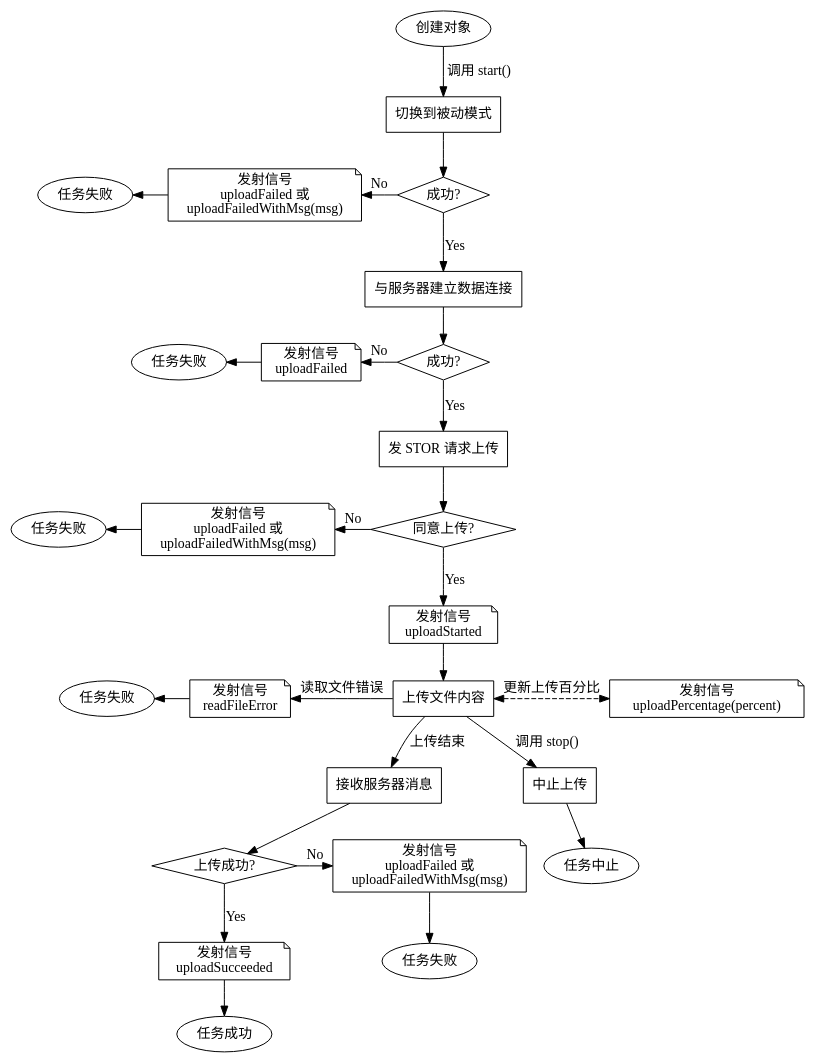
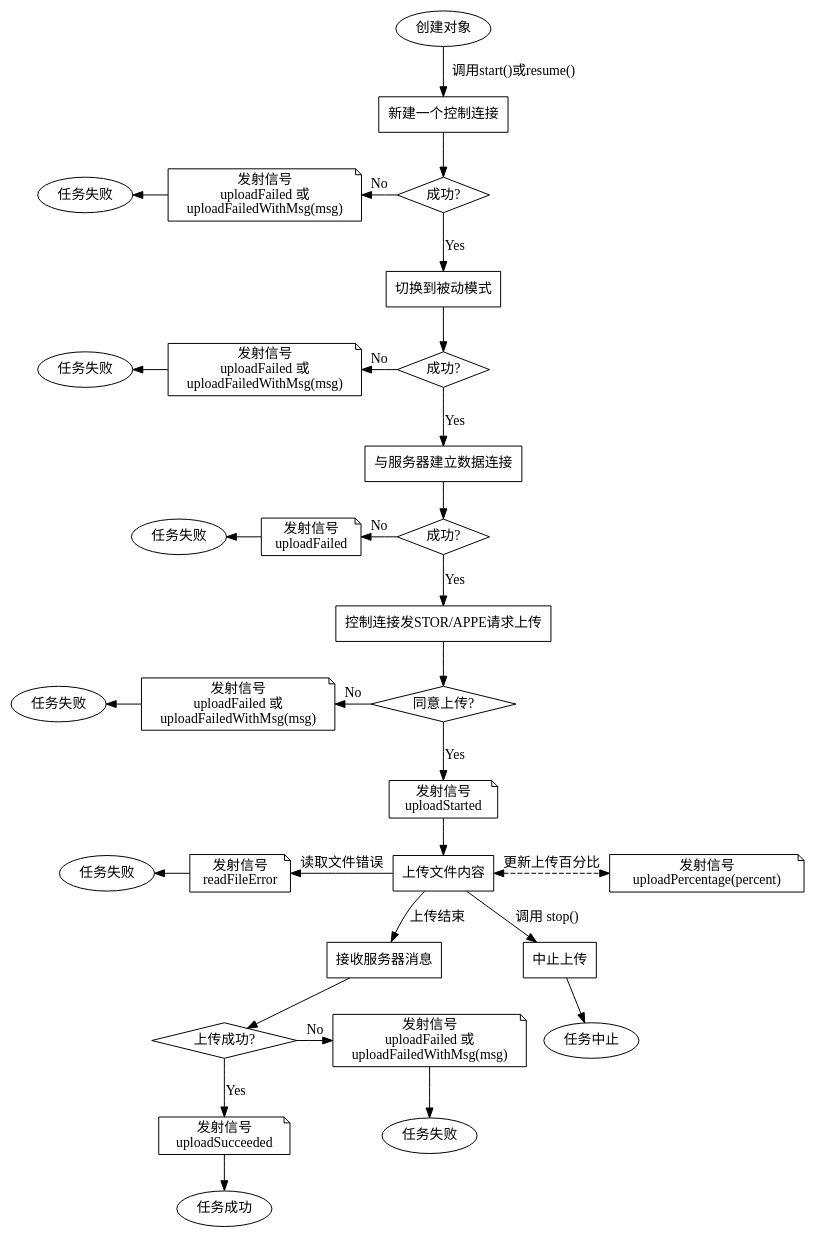
Before and after one commit to zhb2000/Homework-FTPClient: the diagram in docs/UploadFileTask_Flow_Chart.dot, drawn with Graphviz. The commit also changed 9 other files, not shown here.

```diff
--- a/docs/UploadFileTask_Flow_Chart.dot
+++ b/docs/UploadFileTask_Flow_Chart.dot
@@ -1,76 +1,87 @@
 digraph G {
     node [shape=box fontname="SimHei"];
     edge [fontname="SimHei"]
     createobj [label="创建对象" shape=ellipse]
+    newctrl [label="新建一个控制连接"]
+    success0 [label="成功?" shape=diamond]
+    newctrlfailsig [label="发射信号\nuploadFailed 或\nuploadFailedWithMsg(msg)" shape=note]
+    fail0 [label="任务失败" shape=ellipse]
     putpasv [label="切换到被动模式"]
     success1 [label="成功?" shape=diamond]
     putpasvfail [label="发射信号\nuploadFailed 或\nuploadFailedWithMsg(msg)" shape=note]
     fail1 [label="任务失败" shape=ellipse]
     dataconnect [label="与服务器建立数据连接"]
     success2 [label="成功?" shape=diamond]
     connectfail [label="发射信号\nuploadFailed" shape=note]
     fail2 [label="任务失败" shape=ellipse]
-    sendstor [label="发 STOR 请求上传"]
+    sendstor [label="控制连接发STOR/APPE请求上传"]
     success3 [label="同意上传?" shape=diamond]
     storfail [label="发射信号\nuploadFailed 或\nuploadFailedWithMsg(msg)" shape=note]
     fail3 [label="任务失败" shape=ellipse]
     startsignal [label="发射信号\nuploadStarted" shape=note]
     transdata [label="上传文件内容"]
     recvafterup [label="接收服务器消息"]
     success4 [label="上传成功?" shape=diamond]
     recvafterupfail [label="发射信号\nuploadFailed 或\nuploadFailedWithMsg(msg)" shape=note]
     upsuccess [label="发射信号\nuploadSucceeded" shape=note]
     end [label="任务成功" shape=ellipse]
     stopup [label="中止上传"]
     terminate [label="任务中止" shape=ellipse]
     updateper [label="发射信号\nuploadPercentage(percent)" shape=note]
     fileerror [label="发射信号\nreadFileError" shape=note]
     fail4 [label="任务失败" shape=ellipse]
     fail5 [label="任务失败" shape=ellipse]
     
     rankdir=TB
-    createobj->putpasv [label="调用 start()"]
+    createobj->newctrl [label="调用start()或resume()"]
+    newctrl->success0
+    {
+        rank=same
+        fail0->newctrlfailsig [dir=back]
+        newctrlfailsig->success0 [dir=back label="No"]
+    }
+    success0->putpasv [label="Yes"]
     putpasv->success1
     success1->dataconnect [label="Yes"]
     {
         rank=same
         putpasvfail->success1 [dir=back label="No"]
         fail1->putpasvfail [dir=back]
     }
     dataconnect->success2
     success2->sendstor [label="Yes"]
     {
         rank=same
         fail2->connectfail [dir=back]
         connectfail->success2 [dir=back label="No"]
     }
     sendstor->success3
     success3->startsignal [label="Yes"]
     startsignal->transdata
     {
         rank=same
         fail3->storfail [dir=back]
         storfail->success3 [label="No" dir=back]
     }
     stopup->terminate
     transdata->stopup [label="调用 stop()"]
     transdata->recvafterup [label="上传结束"]
     recvafterup->success4
     success4->upsuccess [label="Yes"]
     {
         rank=same
         success4->recvafterupfail [label="No"]
     }
     recvafterupfail->fail5
     upsuccess->end
     {
         rank=same
         transdata->updateper [dir=both label="更新上传百分比" style=dashed]
     }
     {
         rank=same
         fail4->fileerror [dir=back]
         fileerror->transdata [dir=back label="读取文件错误"]
     }
 
 }
```
